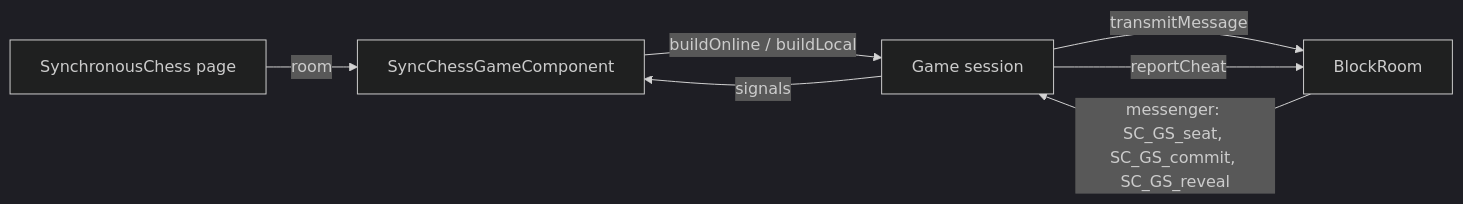
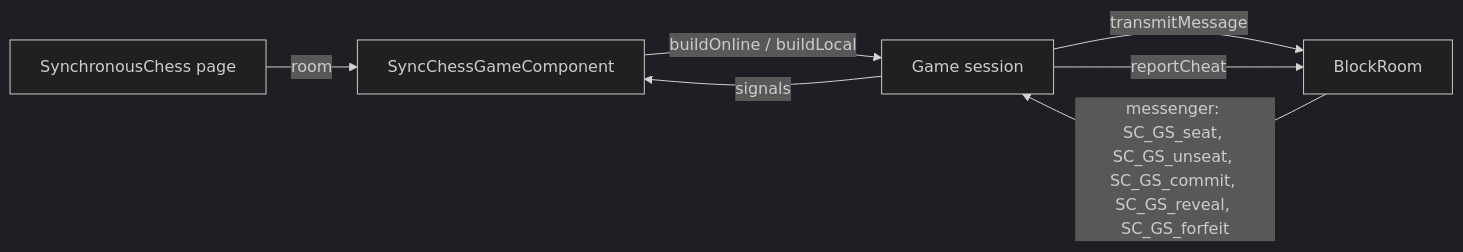
One commit to Steins-fr/synchronous-chess changed the first of 3 diagrams in documentation/chess-game-session.md. Above: the diagram before and after it, drawn with Mermaid (dark theme). The commit also changed other lines of this file and 3 other files, not shown here.

````diff
--- a/documentation/chess-game-session.md
+++ b/documentation/chess-game-session.md
@@ -44,9 +44,9 @@
 ```mermaid
 flowchart LR
     Page[SynchronousChess page] -- room --> Component[SyncChessGameComponent]
     Component -- buildOnline / buildLocal --> Session[Game session]
     Session -- transmitMessage --> Room[BlockRoom]
-    Room -- messenger: SC_GS_seat, SC_GS_commit, SC_GS_reveal --> Session
+    Room -- messenger: SC_GS_seat, SC_GS_unseat, SC_GS_commit, SC_GS_reveal, SC_GS_forfeit --> Session
     Session -- reportCheat --> Room
     Session -- signals --> Component
 ```
````
